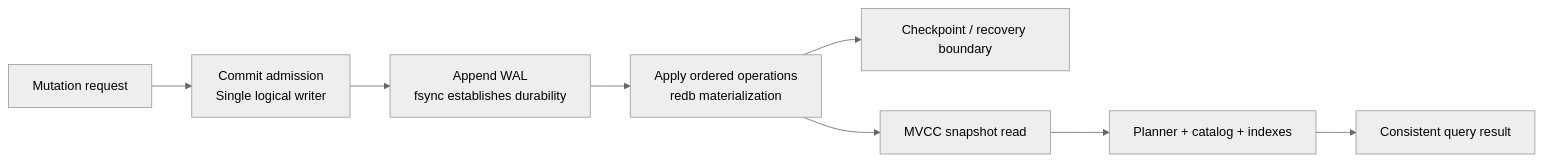
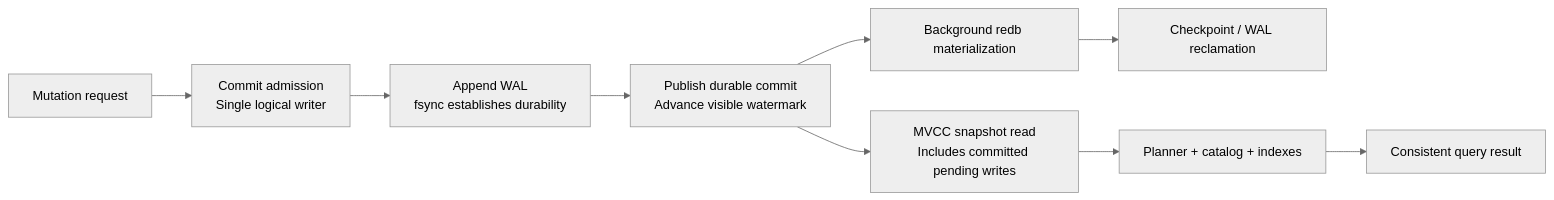
One commit to wazimBadsha/rushdb-engineering-research changed the diagram in assets/diagrams/04-rushdb-storage-write-path.mmd. Above: the diagram before and after it, drawn with Mermaid (neutral theme).

Commit message:
docs: correct 3.0.13 storage diagram

```diff
--- a/assets/diagrams/04-rushdb-storage-write-path.mmd
+++ b/assets/diagrams/04-rushdb-storage-write-path.mmd
@@ -1,8 +1,9 @@
 flowchart LR
   MUT["Mutation request"] --> ADMIT["Commit admission\nSingle logical writer"]
   ADMIT --> WAL["Append WAL\nfsync establishes durability"]
-  WAL --> REDB["Apply ordered operations\nredb materialization"]
-  REDB --> CHECK["Checkpoint / recovery boundary"]
-  REDB --> READ["MVCC snapshot read"]
+  WAL --> PUB["Publish durable commit\nAdvance visible watermark"]
+  PUB --> READ["MVCC snapshot read\nIncludes committed pending writes"]
+  PUB --> REDB["Background redb materialization"]
+  REDB --> CHECK["Checkpoint / WAL reclamation"]
   READ --> PLAN["Planner + catalog + indexes"]
   PLAN --> RESULT["Consistent query result"]
```
